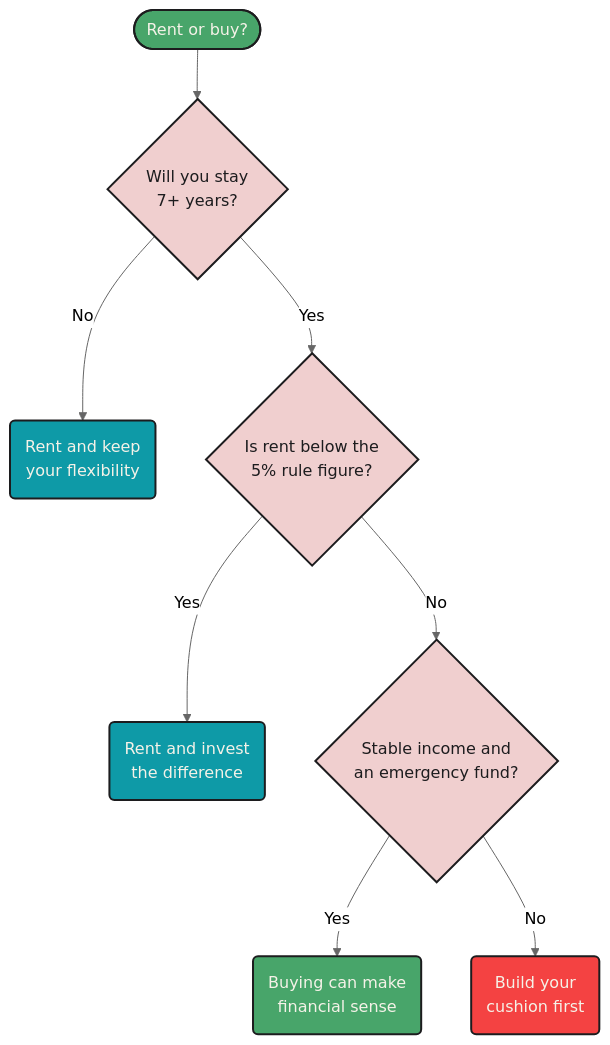
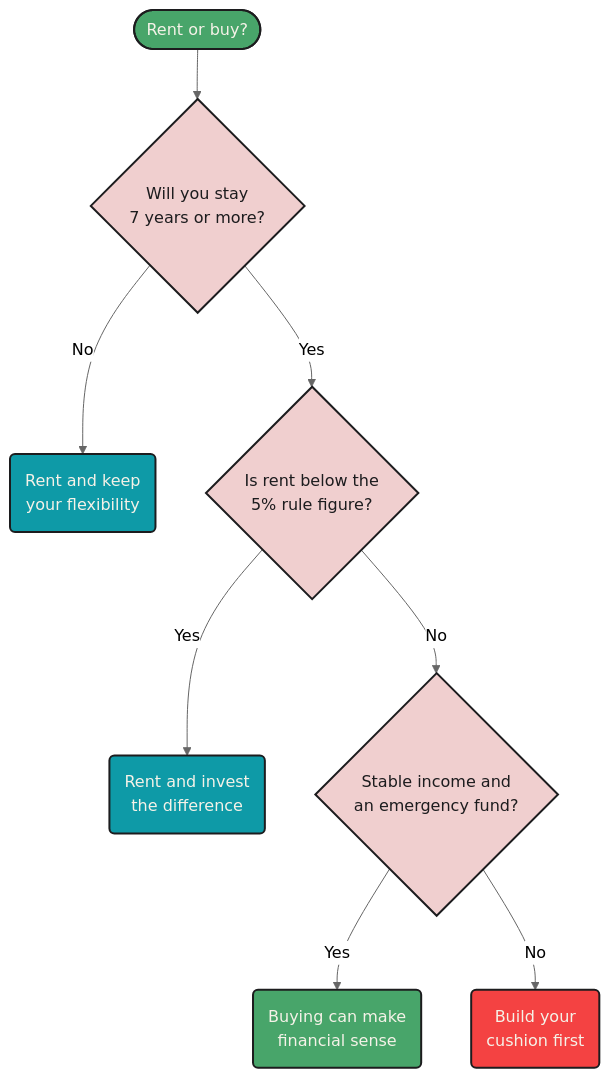
The second of 2 diagrams in major_purchases.qmd (mjfrigaard/fm-finance), drawn with Mermaid before and after one commit. The commit also changed other lines of this file and 22 other files, not shown here.

````diff
--- a/major_purchases.qmd
+++ b/major_purchases.qmd
@@ -90,22 +92,22 @@
 ```{mermaid}
 %%| fig-cap: 'Rent vs. Buy'
 %%| fig-align: center
 %%{init: {'theme': 'neutral', 'themeVariables': { 'fontFamily': 'monospace', "darkMode":false, "fontSize":"16px"}}}%%
 
 flowchart TD
-    Start(["Rent or buy?"]) --> Stay{"Will you stay<br>7+ years?"}
+    Start(["Rent or buy?"]) --> Stay{"Will you stay<br>7 years or more?"}
     Stay -->|"No"| RentFlex("Rent and keep<br>your flexibility")
     Stay -->|"Yes"| Rule{"Is rent below the<br>5% rule figure?"}
     Rule -->|"Yes"| RentInvest("Rent and invest<br>the difference")
     Rule -->|"No"| Ready{"Stable income and<br>an emergency fund?"}
     Ready -->|"Yes"| Buy("Buying can make<br>financial sense")
     Ready -->|"No"| Build("Build your<br>cushion first")
     style Start fill:#48a56a,color:#F5F2E8,stroke:#1C1C1E,stroke-width:2px
     style Stay fill:#f0cfcf,color:#1C1C1E,stroke:#1C1C1E,stroke-width:2px
     style Rule fill:#f0cfcf,color:#1C1C1E,stroke:#1C1C1E,stroke-width:2px
     style Ready fill:#f0cfcf,color:#1C1C1E,stroke:#1C1C1E,stroke-width:2px
     style RentFlex fill:#0e9aa7,color:#F5F2E8,stroke:#1C1C1E,stroke-width:2px
     style RentInvest fill:#0e9aa7,color:#F5F2E8,stroke:#1C1C1E,stroke-width:2px
     style Buy fill:#48a56a,color:#F5F2E8,stroke:#1C1C1E,stroke-width:2px
     style Build fill:#f44242,color:#F5F2E8,stroke:#1C1C1E,stroke-width:2px
 ```
````
